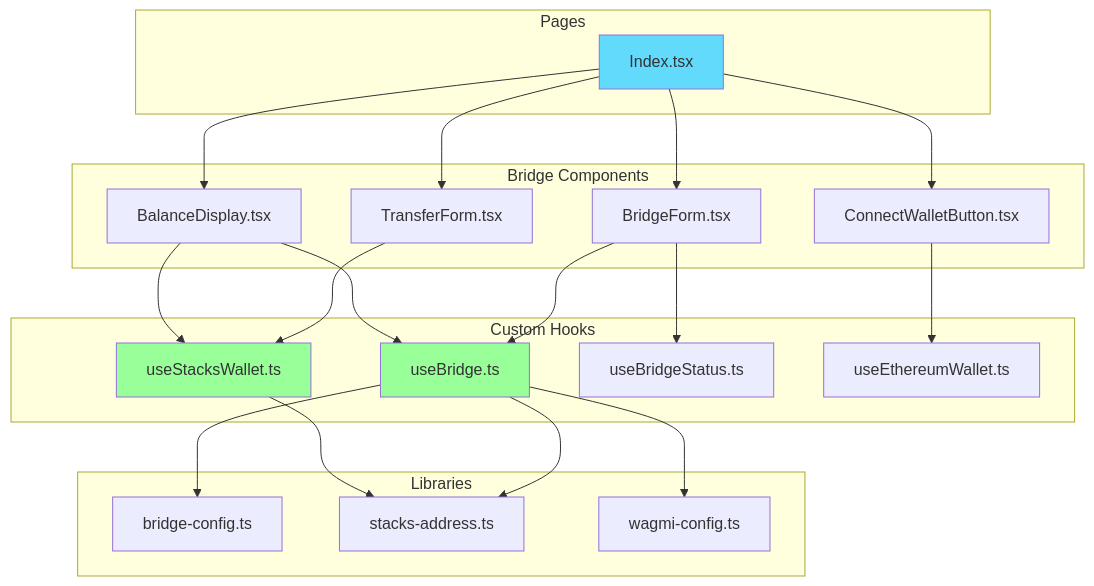
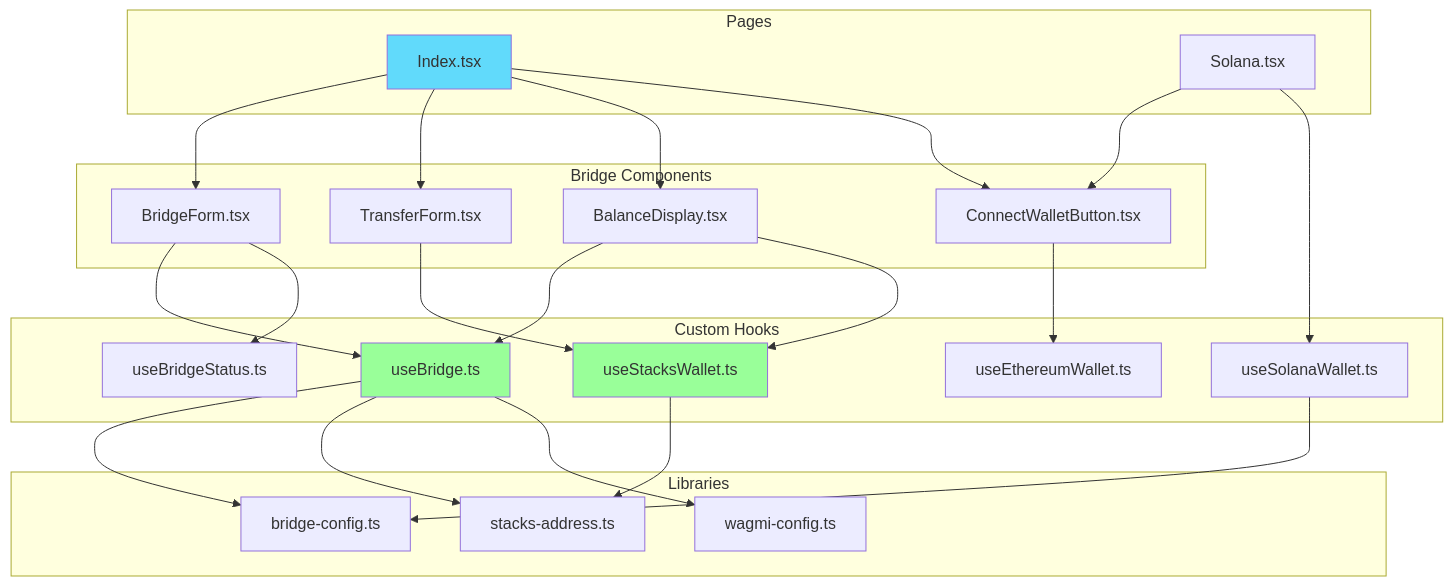
Before and after one commit to cypherpulse/Hermes: the fifth of 7 diagrams in README.md, drawn with Mermaid. The commit also changed other lines of this file, not shown here.

````diff
--- a/README.md
+++ b/README.md
@@ -373,47 +395,52 @@
 ```mermaid
 graph TD
     subgraph "Pages"
         INDEX[Index.tsx]
+        SOLANA[Solana.tsx]
     end
     
     subgraph "Bridge Components"
         BF[BridgeForm.tsx]
         TF[TransferForm.tsx]
         BD[BalanceDisplay.tsx]
         CWB[ConnectWalletButton.tsx]
     end
     
     subgraph "Custom Hooks"
         UB[useBridge.ts]
         USW[useStacksWallet.ts]
         UBS[useBridgeStatus.ts]
         UEW[useEthereumWallet.ts]
+        USWH[useSolanaWallet.ts]
     end
     
     subgraph "Libraries"
         BC[bridge-config.ts]
         SA[stacks-address.ts]
         WC[wagmi-config.ts]
     end
     
     INDEX --> BF
     INDEX --> TF
     INDEX --> BD
     INDEX --> CWB
+    SOLANA --> CWB
     
     BF --> UB
     BF --> UBS
     TF --> USW
     BD --> UB
     BD --> USW
     CWB --> UEW
+    SOLANA --> USWH
     
     UB --> BC
     UB --> SA
     UB --> WC
     USW --> SA
+    USWH --> BC
     
     style INDEX fill:#61DAFB
     style UB fill:#9f9
     style USW fill:#9f9
 ```
````
